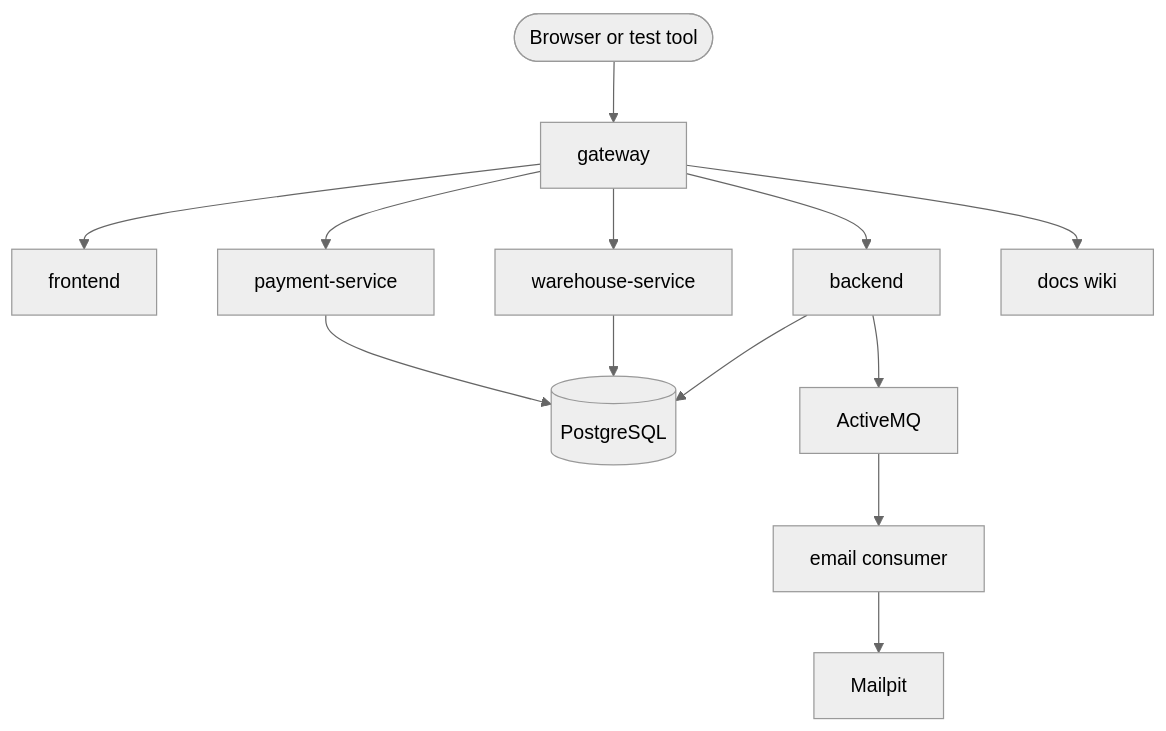
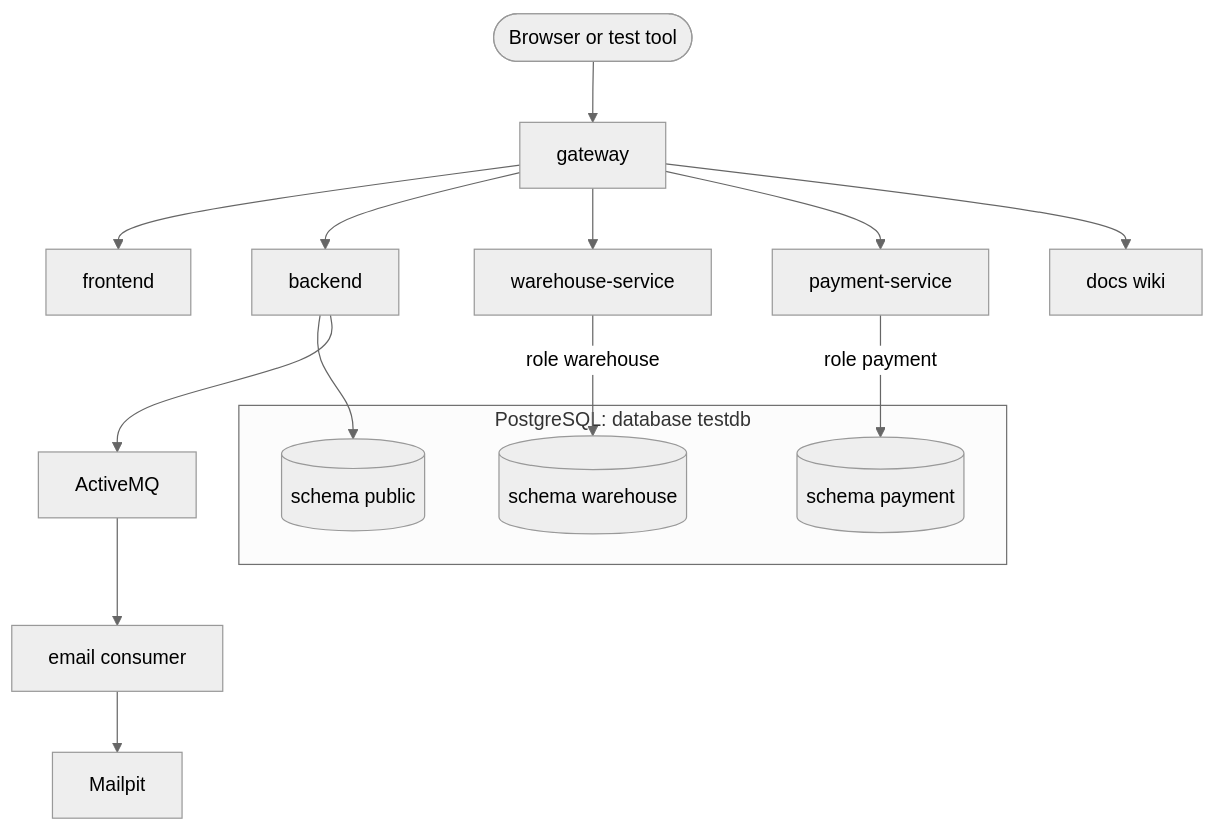
Before and after one commit to slawekradzyminski/awesome-localstack: the first of 2 diagrams in docs-site/docs/architecture/index.md, drawn with Mermaid (neutral theme). The commit also changed 1 other file, not shown here.

Commit message:
Wiki: show per-service PostgreSQL schemas in overview diagrams
The home page and architecture overview drew a single PostgreSQL node,
hiding that backend, warehouse-service and payment-service each own a
schema (public, warehouse, payment) and connect as their own role on
the shared testdb database.

````diff
--- a/docs-site/docs/architecture/index.md
+++ b/docs-site/docs/architecture/index.md
@@ -8,13 +8,18 @@
 ```mermaid
 flowchart TB
     U([Browser or test tool]) --> G[gateway]
     G --> F[frontend]
     G --> B[backend]
     G --> W[warehouse-service]
     G --> P[payment-service]
     G --> D[docs wiki]
-    B --> DB[(PostgreSQL)]
-    W --> DB
-    P --> DB
+    subgraph PG["PostgreSQL: database testdb"]
+        PUB[(schema public)]
+        WH[(schema warehouse)]
+        PAY[(schema payment)]
+    end
+    B --> PUB
+    W -->|role warehouse| WH
+    P -->|role payment| PAY
     B --> MQ[ActiveMQ] --> C[email consumer] --> M[Mailpit]
 ```
````
